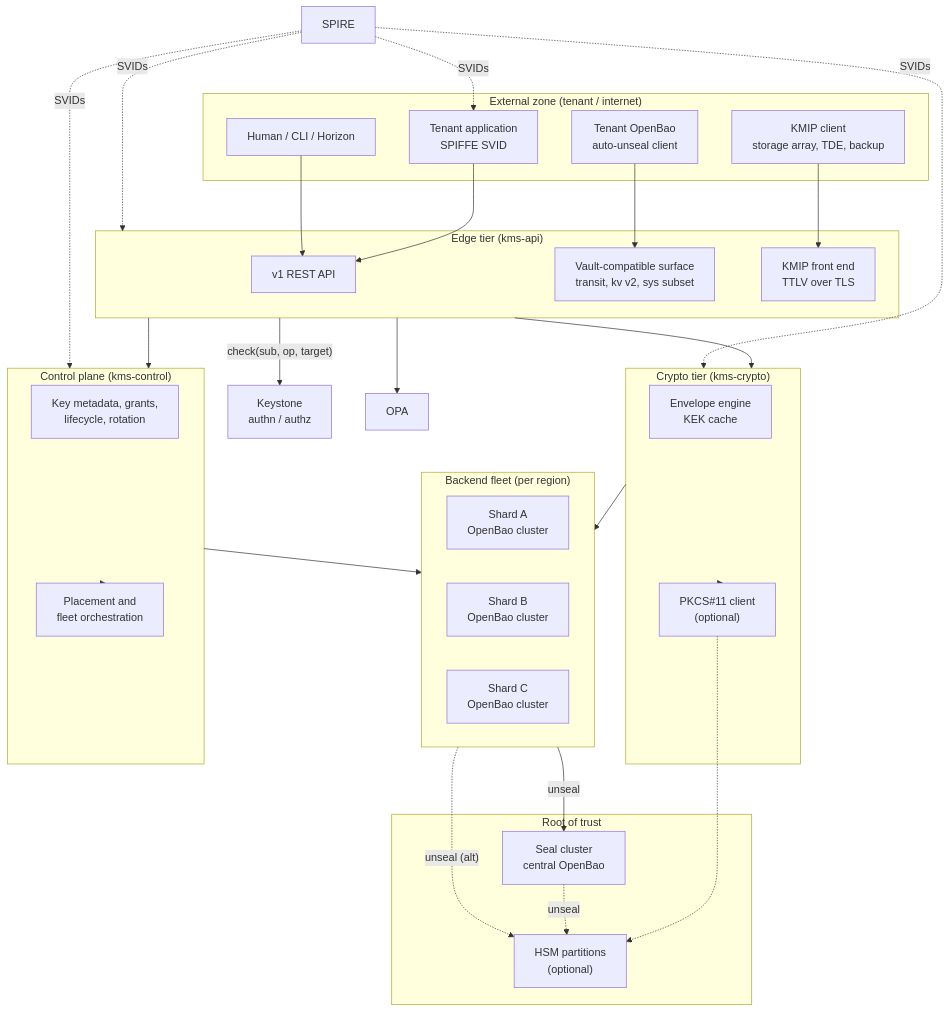
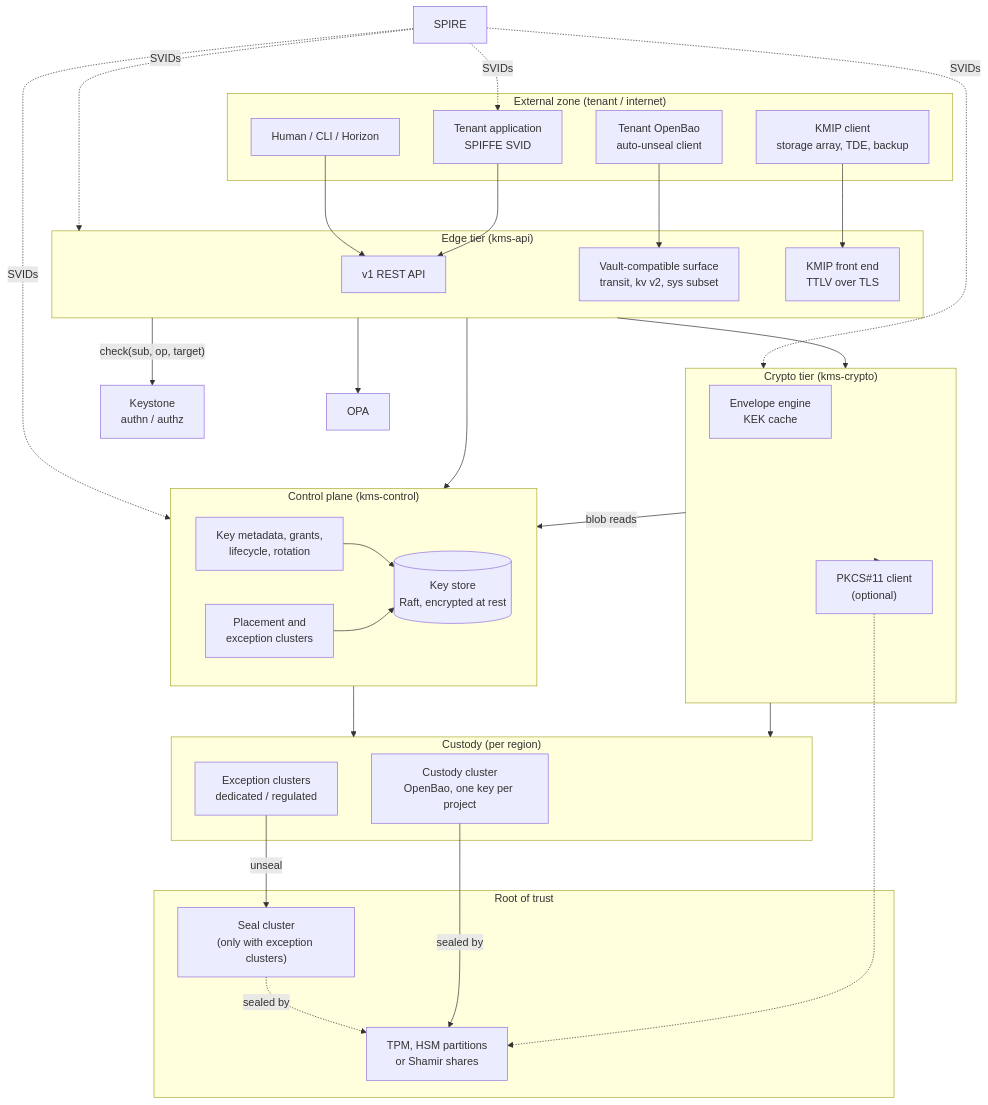
Before and after one commit to openstack-experimental/keystone: the first of 5 diagrams in doc/src/kms-vision.md, drawn with Mermaid. The commit also changed other lines of this file, not shown here.

First line of the commit message:
docs(kms): Replace the fleet with one custody pair

````diff
--- a/doc/src/kms-vision.md
+++ b/doc/src/kms-vision.md
@@ -308,61 +329,63 @@
 ```mermaid
 flowchart TB
     subgraph ext["External zone (tenant / internet)"]
         app["Tenant application<br/>SPIFFE SVID"]
         bao["Tenant OpenBao<br/>auto-unseal client"]
         kmipc["KMIP client<br/>storage array, TDE, backup"]
         cli["Human / CLI / Horizon"]
     end
 
     subgraph edge["Edge tier (kms-api)"]
         rest["v1 REST API"]
         vault["Vault-compatible surface<br/>transit, kv v2, sys subset"]
         kmip["KMIP front end<br/>TTLV over TLS"]
     end
 
     subgraph crypto["Crypto tier (kms-crypto)"]
         env["Envelope engine<br/>KEK cache"]
         pkcs["PKCS#11 client<br/>(optional)"]
     end
 
     subgraph ctl["Control plane (kms-control)"]
         meta["Key metadata, grants,<br/>lifecycle, rotation"]
-        place["Placement and<br/>fleet orchestration"]
+        store[("Key store<br/>Raft, encrypted at rest")]
+        place["Placement and<br/>exception clusters"]
     end
 
-    subgraph fleet["Backend fleet (per region)"]
-        s1["Shard A<br/>OpenBao cluster"]
-        s2["Shard B<br/>OpenBao cluster"]
-        s3["Shard C<br/>OpenBao cluster"]
+    subgraph cust["Custody (per region)"]
+        cc["Custody cluster<br/>OpenBao, one key per project"]
+        ex["Exception clusters<br/>dedicated / regulated"]
     end
 
     subgraph rot["Root of trust"]
-        seal["Seal cluster<br/>central OpenBao"]
-        hsm["HSM partitions<br/>(optional)"]
+        root["TPM, HSM partitions<br/>or Shamir shares"]
+        seal["Seal cluster<br/>(only with exception clusters)"]
     end
 
     ks["Keystone<br/>authn / authz"]
     spire["SPIRE"]
     opa["OPA"]
 
     app --> rest
     bao --> vault
     kmipc --> kmip
     cli --> rest
     edge --> crypto
     edge --> ctl
-    crypto --> fleet
+    crypto -->|"blob reads"| ctl
+    crypto --> cust
     crypto -.-> pkcs
-    pkcs -.-> hsm
-    ctl --> fleet
-    ctl --> place
-    fleet -->|"unseal"| seal
-    fleet -.->|"unseal (alt)"| hsm
-    seal -.->|"unseal"| hsm
+    pkcs -.-> root
+    ctl --> cust
+    meta --> store
+    place --> store
+    cc -->|"sealed by"| root
+    ex -->|"unseal"| seal
+    seal -.->|"sealed by"| root
     edge -->|"check(sub, op, target)"| ks
     edge --> opa
     spire -.->|"SVIDs"| edge
     spire -.->|"SVIDs"| crypto
     spire -.->|"SVIDs"| ctl
     spire -.->|"SVIDs"| app
 ```
````
